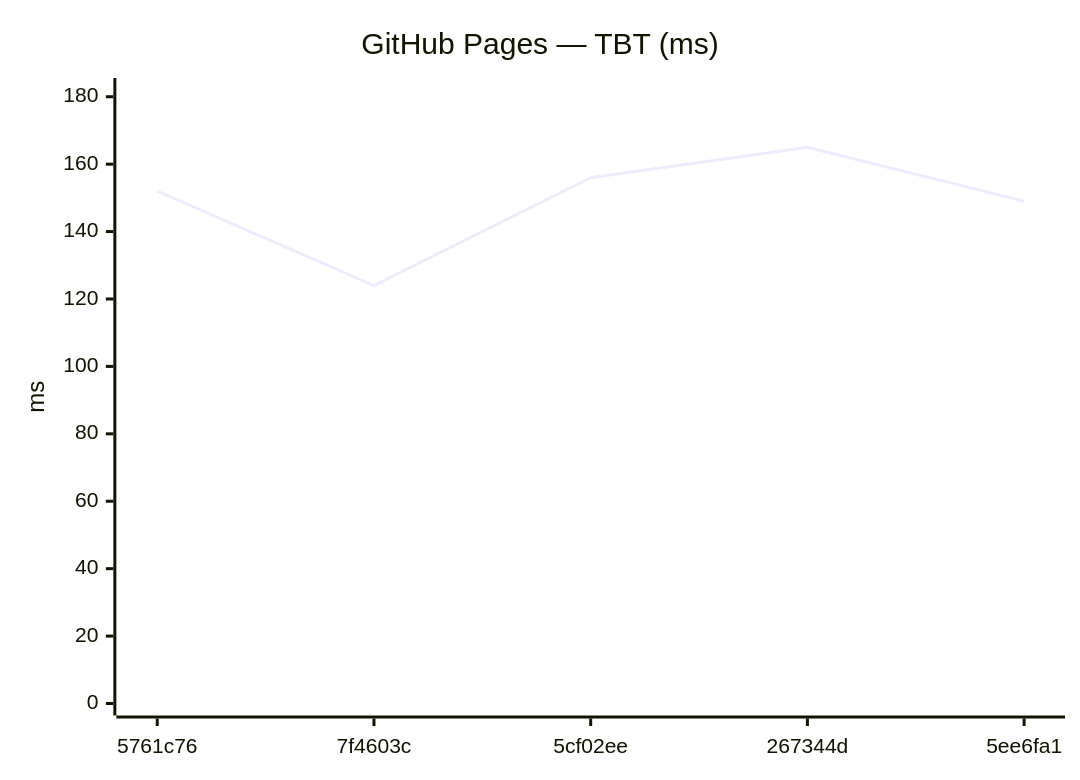
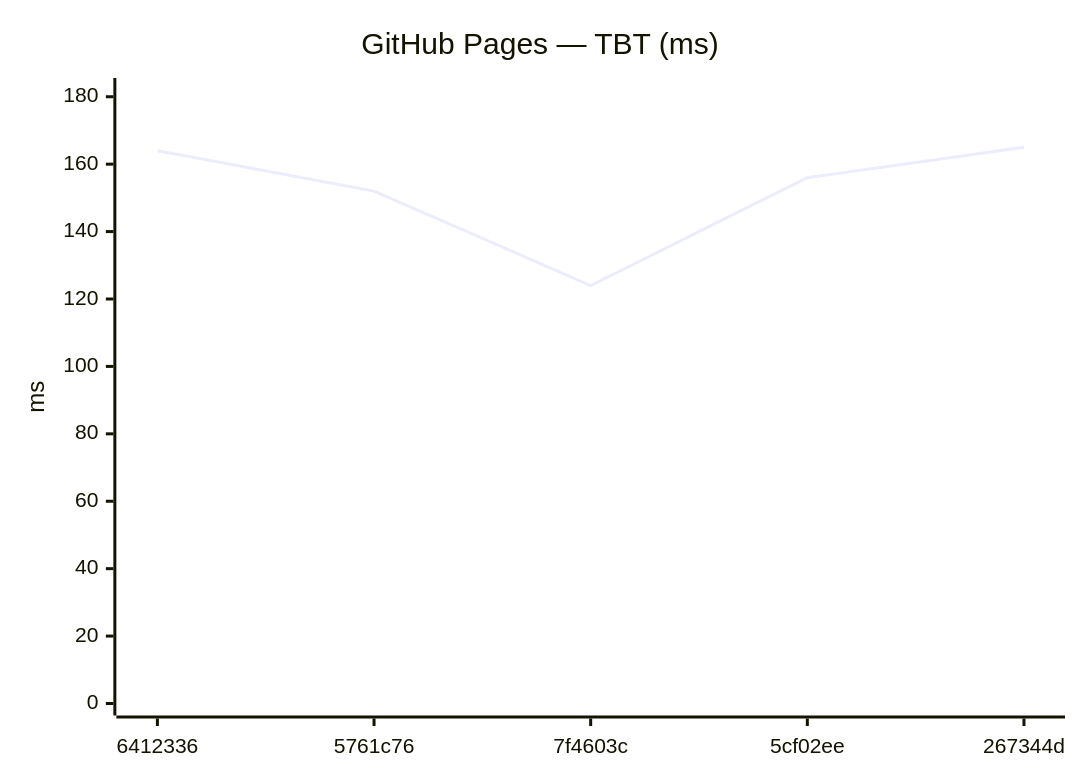
The tenth of 18 diagrams in benchmarks/compare.md (Metaheurist/Rianell), drawn with Mermaid before and after one commit. The commit also changed other lines of this file and 11 other files, not shown here.

````diff
--- a/benchmarks/compare.md
+++ b/benchmarks/compare.md
@@ -149,7 +149,7 @@
 ```mermaid
 xychart-beta
     title "GitHub Pages — TBT (ms)"
-    x-axis ["5761c76", "7f4603c", "5cf02ee", "267344d", "5ee6fa1"]
+    x-axis ["6412336", "5761c76", "7f4603c", "5cf02ee", "267344d"]
     y-axis "ms" 0 --> 182
-    line [152, 124, 156, 165, 149]
+    line [164, 152, 124, 156, 165]
 ```
````
